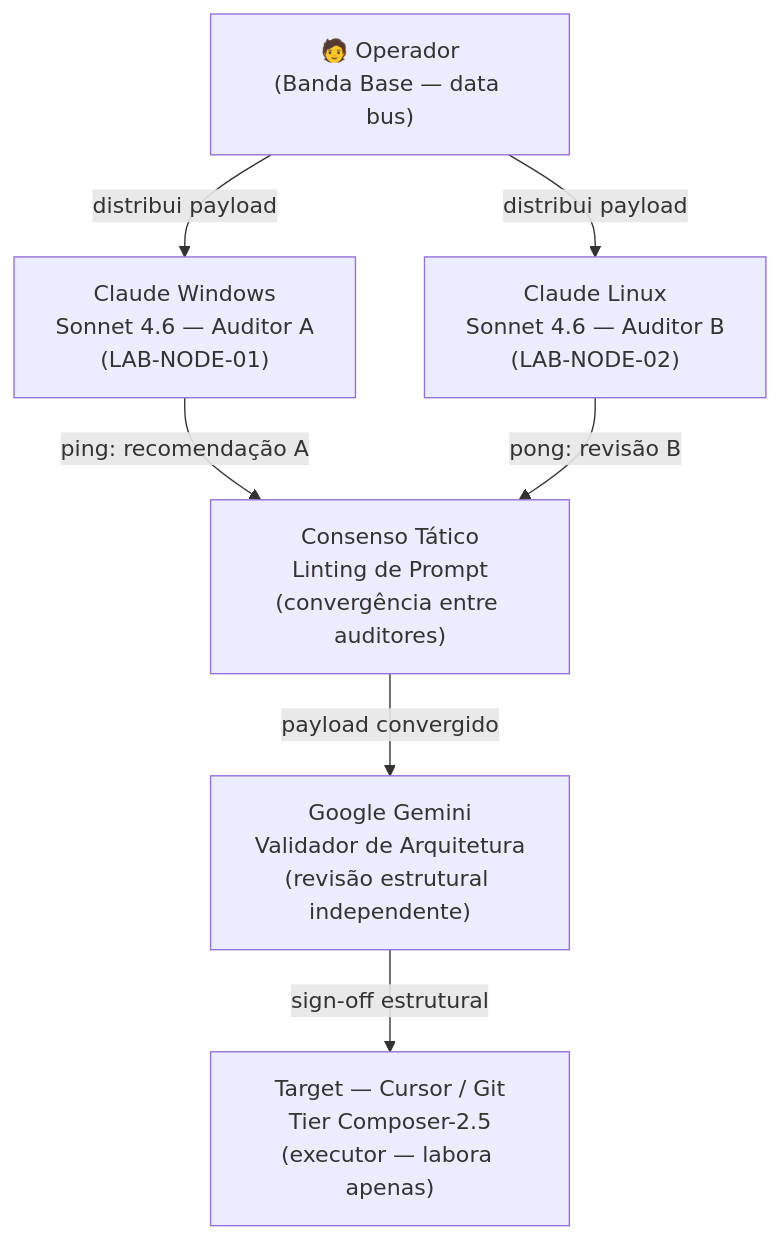
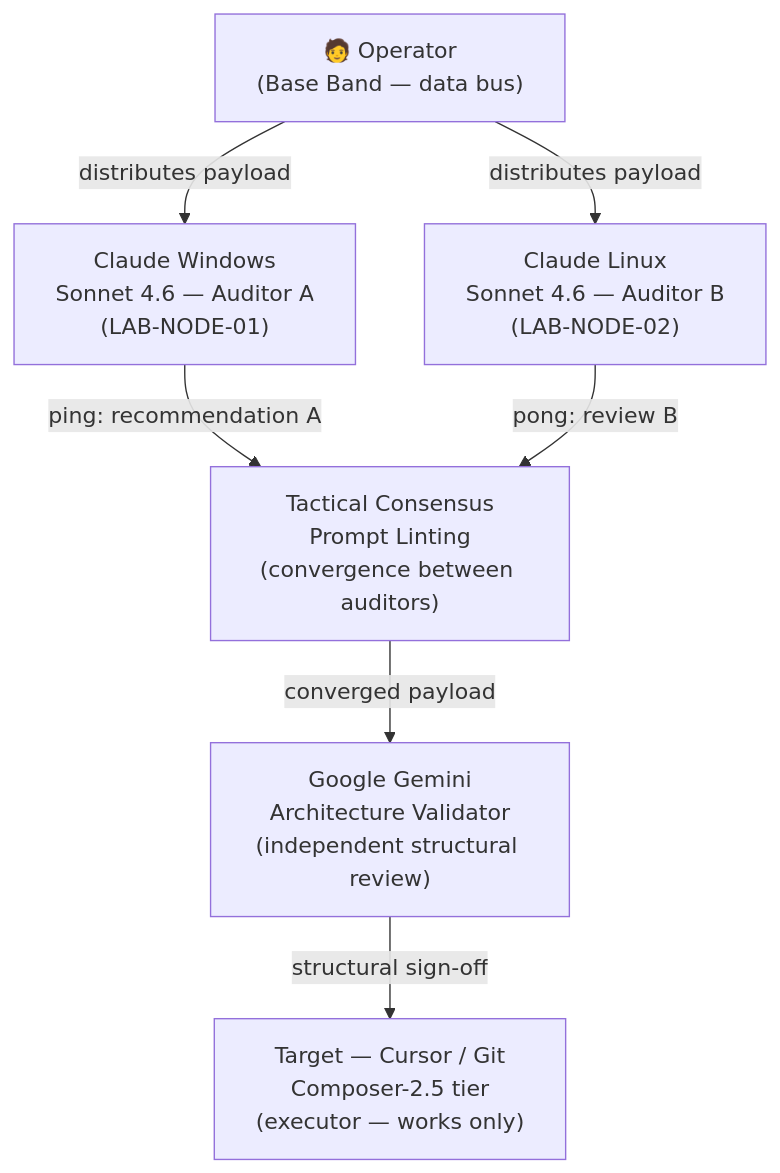
Before and after one commit to DataBoar/data-boar: the diagram in docs/adr/ADR-0062-agent-containment-triple-audit-offband-pingpong.md, drawn with Mermaid. The commit also changed other lines of this file and 3 other files, not shown here.

````diff
--- a/docs/adr/ADR-0062-agent-containment-triple-audit-offband-pingpong.md
+++ b/docs/adr/ADR-0062-agent-containment-triple-audit-offband-pingpong.md
@@ -14,16 +25,16 @@
 ```mermaid
 flowchart TD
-    OP["🧑 Operador\n(Banda Base — data bus)"]
+    OP["🧑 Operator\n(Base Band — data bus)"]
     CW["Claude Windows\nSonnet 4.6 — Auditor A\n(LAB-NODE-01)"]
     CL["Claude Linux\nSonnet 4.6 — Auditor B\n(LAB-NODE-02)"]
-    CT["Consenso Tático\nLinting de Prompt\n(convergência entre auditores)"]
-    GG["Google Gemini\nValidador de Arquitetura\n(revisão estrutural independente)"]
-    TG["Target — Cursor / Git\nTier Composer-2.5\n(executor — labora apenas)"]
+    CT["Tactical Consensus\nPrompt Linting\n(convergence between auditors)"]
+    GG["Google Gemini\nArchitecture Validator\n(independent structural review)"]
+    TG["Target — Cursor / Git\nComposer-2.5 tier\n(executor — works only)"]
 
-    OP -->|"distribui payload"| CW
-    OP -->|"distribui payload"| CL
-    CW -->|"ping: recomendação A"| CT
-    CL -->|"pong: revisão B"| CT
-    CT -->|"payload convergido"| GG
-    GG -->|"sign-off estrutural"| TG
+    OP -->|"distributes payload"| CW
+    OP -->|"distributes payload"| CL
+    CW -->|"ping: recommendation A"| CT
+    CL -->|"pong: review B"| CT
+    CT -->|"converged payload"| GG
+    GG -->|"structural sign-off"| TG
 ```
````
